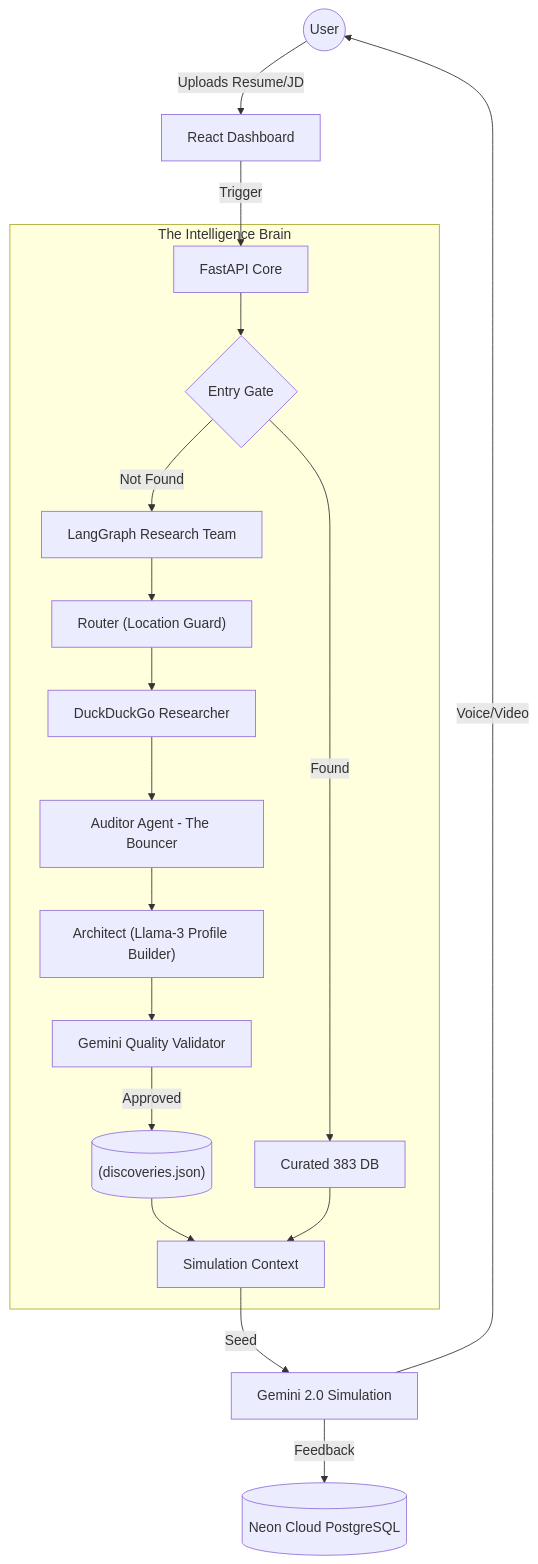
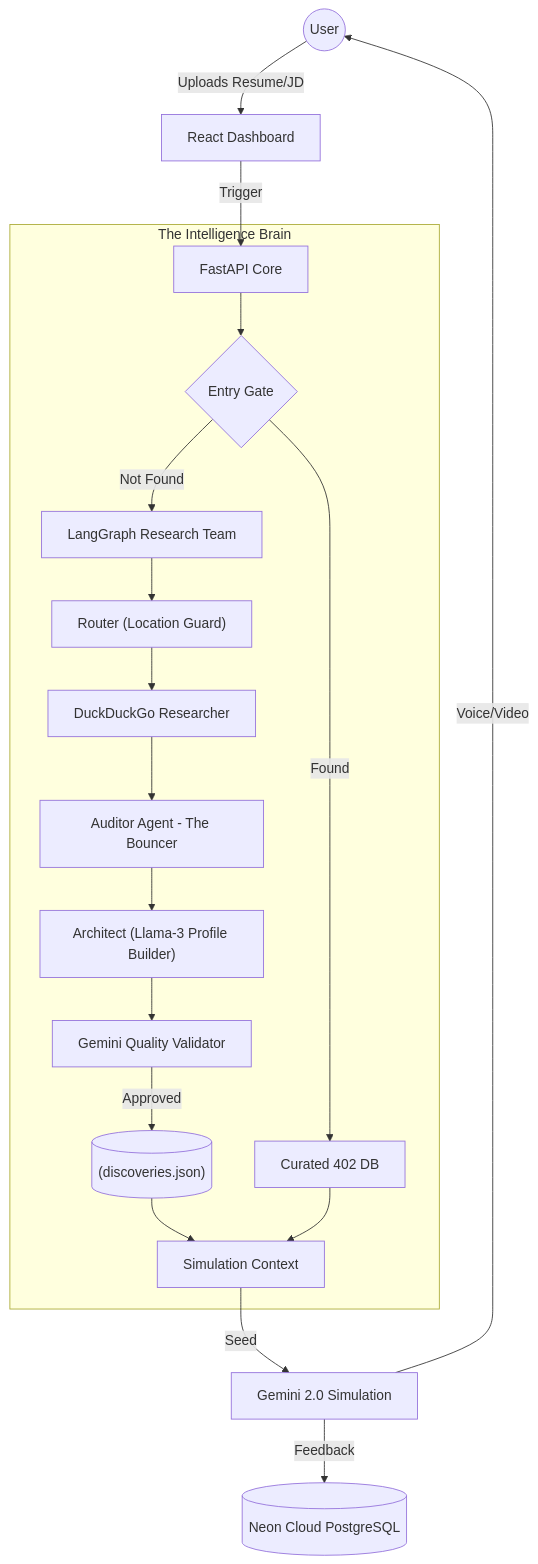
The diagram in README.md (Edge-Explorer/Interview-Prep), drawn with Mermaid before and after one commit. The commit also changed other lines of this file and 4 other files, not shown here.

````diff
--- a/README.md
+++ b/README.md
@@ -54,25 +56,25 @@
 ```mermaid
 graph TD
     User((User)) -->|"Uploads Resume/JD"| UI["React Dashboard"]
     UI -->|Trigger| Backend["FastAPI Core"]
     
     subgraph "The Intelligence Brain"
         Backend --> Gatekeeper{Entry Gate}
-        Gatekeeper -->|Found| DB["Curated 383 DB"]
+        Gatekeeper -->|Found| DB["Curated 402 DB"]
         Gatekeeper -->|"Not Found"| Agents["LangGraph Research Team"]
         
         Agents --> Router["Router (Location Guard)"]
         Router --> Researcher["DuckDuckGo Researcher"]
         Researcher --> Auditor["Auditor Agent - The Bouncer"]
         Auditor --> Architect["Architect (Llama-3 Profile Builder)"]
         Architect --> Critic["Gemini Quality Validator"]
         
         Critic -->|Approved| Memory[("(discoveries.json)")]
         Memory --> Context["Simulation Context"]
         DB --> Context
     end
     
     Context -->|Seed| Simulation["Gemini 2.0 Simulation"]
     Simulation -->|"Voice/Video"| User
     Simulation -->|Feedback| Persistence[("Neon Cloud PostgreSQL")]
 ```
````
